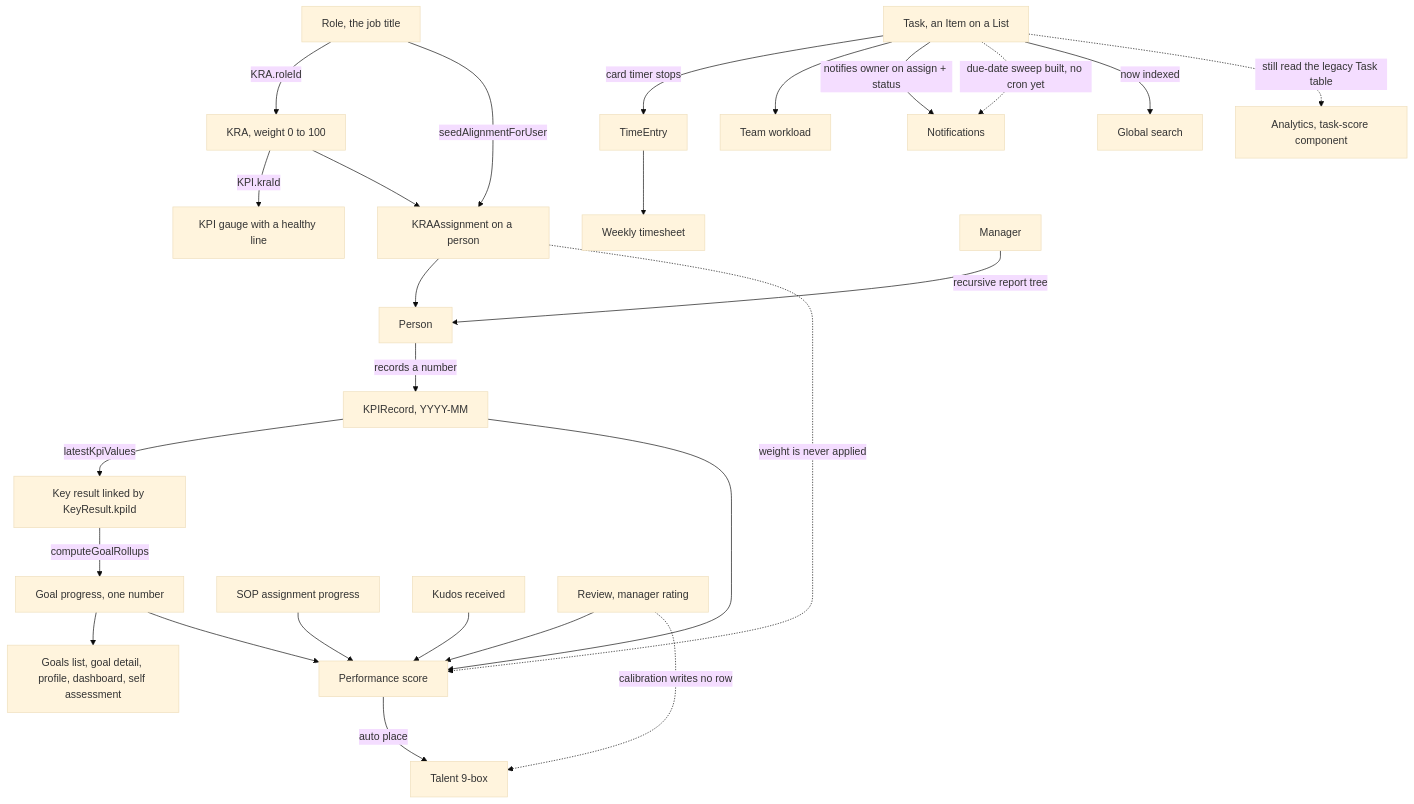
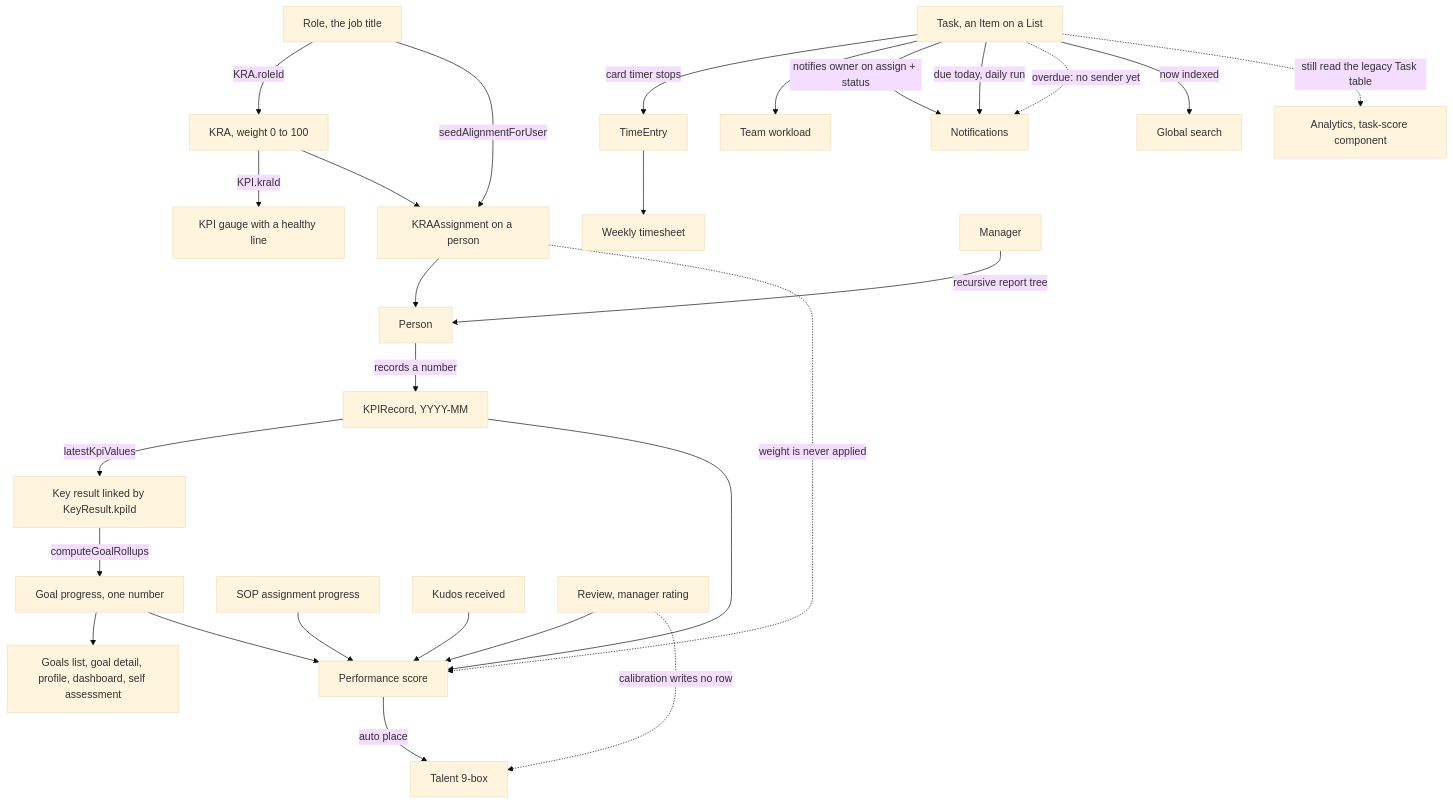
The diagram in docs/product/reference/how-it-connects.mdx (bigboldtech-web/workwrk), drawn with Mermaid (base theme) before and after one commit. The commit also changed other lines of this file and 133 other files, not shown here.

````diff
--- a/docs/product/reference/how-it-connects.mdx
+++ b/docs/product/reference/how-it-connects.mdx
@@ -16,29 +16,30 @@
 ```mermaid
 flowchart TD
   Role["Role, the job title"] -->|"KRA.roleId"| KRA["KRA, weight 0 to 100"]
   KRA -->|"KPI.kraId"| KPI["KPI gauge with a healthy line"]
   Role -->|"seedAlignmentForUser"| Assign["KRAAssignment on a person"]
   KRA --> Assign
   Assign --> Person["Person"]
   Person -->|"records a number"| Rec["KPIRecord, YYYY-MM"]
   Rec -->|"latestKpiValues"| KR["Key result linked by KeyResult.kpiId"]
   KR -->|"computeGoalRollups"| Goal["Goal progress, one number"]
   Goal --> Surfaces["Goals list, goal detail, profile, dashboard, self assessment"]
   Rec --> Score["Performance score"]
   Goal --> Score
   SOPA["SOP assignment progress"] --> Score
   Kudos["Kudos received"] --> Score
   Review["Review, manager rating"] --> Score
   Score -->|"auto place"| NineBox["Talent 9-box"]
   Item["Task, an Item on a List"] -->|"card timer stops"| TE["TimeEntry"]
   TE --> TS["Weekly timesheet"]
   Item --> WL["Team workload"]
   Mgr["Manager"] -->|"recursive report tree"| Person
 
   Assign -.->|"weight is never applied"| Score
   Review -.->|"calibration writes no row"| NineBox
   Item -->|"notifies owner on assign + status"| Notif["Notifications"]
-  Item -.->|"due-date sweep built, no cron yet"| Notif
+  Item -->|"due today, daily run"| Notif
+  Item -.->|"overdue: no sender yet"| Notif
   Item -->|"now indexed"| Search["Global search"]
   Item -.->|"still read the legacy Task table"| Legacy["Analytics, task-score component"]
 ```
````
